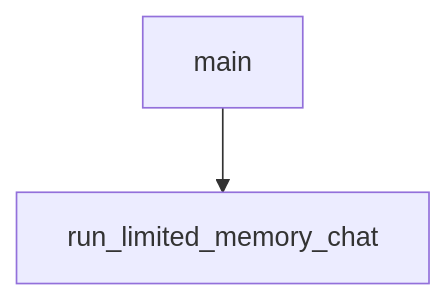
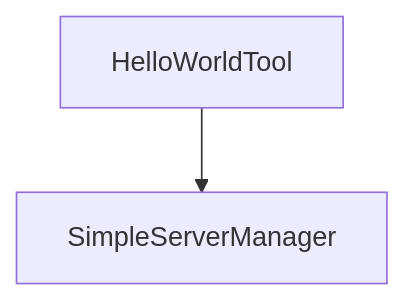
One commit to johnxie/awesome-code-docs changed the diagram in tutorials/mcp-use-tutorial/06-inspector-debugging-and-chat-app-workflows.md. Above: the diagram before and after it, drawn with Mermaid. The commit also changed other lines of this file and 1232 other files, not shown here.

````diff
--- a/tutorials/mcp-use-tutorial/06-inspector-debugging-and-chat-app-workflows.md
+++ b/tutorials/mcp-use-tutorial/06-inspector-debugging-and-chat-app-workflows.md
@@ -130,6 +128,6 @@
 ```mermaid
 flowchart TD
-    A[main]
-    B[run_limited_memory_chat]
+    A[HelloWorldTool]
+    B[SimpleServerManager]
     A --> B
 ```
````
